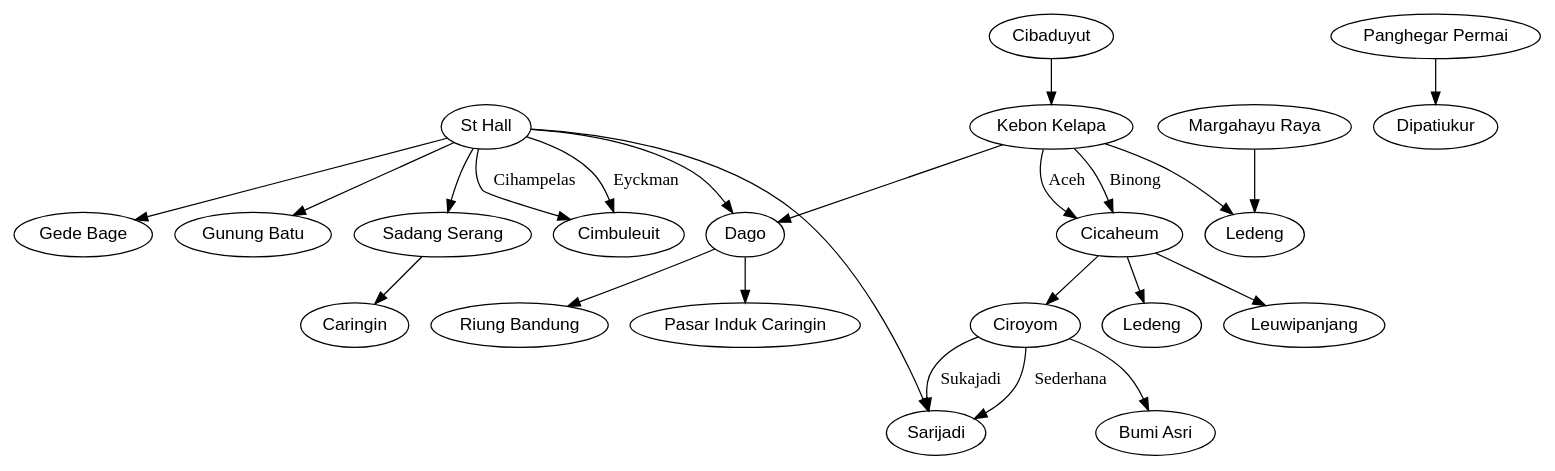
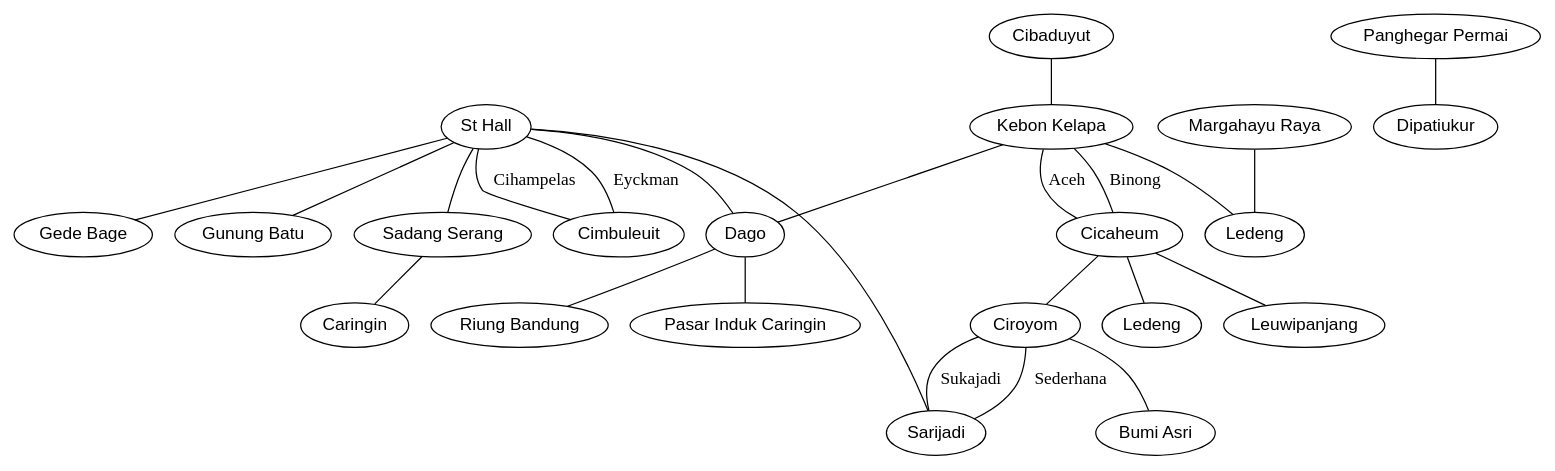
One commit to hollyyph/RuteAngkotBandung changed the diagram in angkot.gv. Above: the diagram before and after it, drawn with Graphviz. The commit also changed 3 other files, not shown here.

```diff
--- a/angkot.gv
+++ b/angkot.gv
@@ -1,52 +1,76 @@
-digraph G{
+graph G{
     
     node [fontname="Arial"]
 
     A [label="Kebon Kelapa"]
     B [label="Cicaheum"]
     C [label="Dago"]
     D [label="Ledeng"]
     E [label="Cibaduyut"]
     F [label="Ciroyom"]
     G [label="Ledeng"]
     H [label="Leuwipanjang"]
     I [label="Bumi Asri"]
     J [label="Sarijadi"]
     K [label="Pasar Induk Caringin"]
     L [label="Riung Bandung"]
     M [label="Margahayu Raya"]
     N [label="Panghegar Permai"]
     O [label="Dipatiukur"]
     P [label="Sadang Serang"]
     Q [label="St Hall"]
     R [label="Cimbuleuit"]
     S [label="Gede Bage"]
     T [label="Gunung Batu"]
     U [label="Caringin"]
     
 
-    A -> B [label="Binong"]
-    A -> B [label="Aceh"]
-    A -> C
-    A -> D
-    E -> A 
-    B -> F
-    B -> G
-    B -> H
-    F -> I
-    F -> J [label="Sederhana"]
-    F -> J [label="Sukajadi"]
-    C -> K
-    C -> L
-    M -> D
-    N -> O
-    P -> U
-    Q -> C
-    Q -> P
-    Q -> R [label="Eyckman"]
-    Q -> R [label="Cihampelas"]
-    Q -> S
-    Q -> T 
-    Q -> J   
+    // A -> B [label="Binong"]
+    // A -> B [label="Aceh"]
+    // A -> C
+    // A -> D
+    // E -> A 
+    // B -> F
+    // B -> G
+    // B -> H
+    // F -> I
+    // F -> J [label="Sederhana"]
+    // F -> J [label="Sukajadi"]
+    // C -> K
+    // C -> L
+    // M -> D
+    // N -> O
+    // P -> U
+    // Q -> C
+    // Q -> P
+    // Q -> R [label="Eyckman"]
+    // Q -> R [label="Cihampelas"]
+    // Q -> S
+    // Q -> T 
+    // Q -> J   
+
+    A -- B [label="Binong"]
+    A -- B [label="Aceh"]
+    A -- C
+    A -- D
+    E -- A 
+    B -- F
+    B -- G
+    B -- H
+    F -- I
+    F -- J [label="Sederhana"]
+    F -- J [label="Sukajadi"]
+    C -- K
+    C -- L
+    M -- D
+    N -- O
+    P -- U
+    Q -- C
+    Q -- P
+    Q -- R [label="Eyckman"]
+    Q -- R [label="Cihampelas"]
+    Q -- S
+    Q -- T 
+    Q -- J  
 
 }
```
